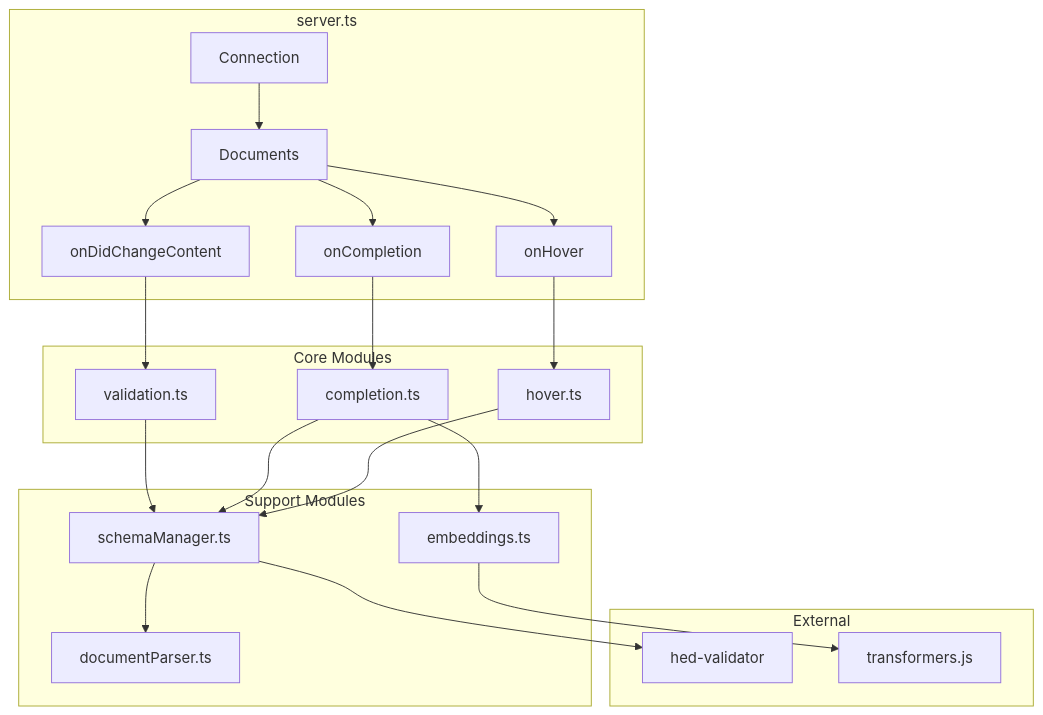
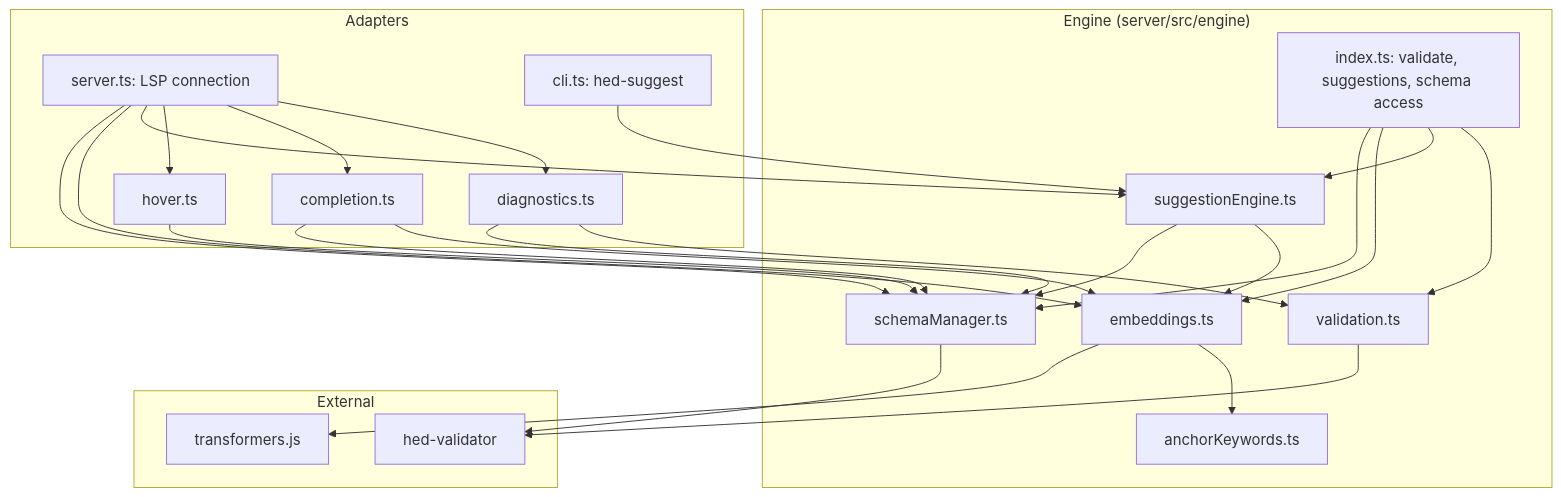
The third of 6 diagrams in docs/architecture.md (hed-standard/hed-lsp), drawn with Mermaid before and after one commit. The commit also changed other lines of this file and 56 other files, not shown here.

First line of the commit message:
Phase 3: engine core extraction (#64)

````diff
--- a/docs/architecture.md
+++ b/docs/architecture.md
@@ -61,29 +63,36 @@
 ```mermaid
 graph TB
-    subgraph "server.ts"
-        A[Connection] --> B[Documents]
-        B --> C[onDidChangeContent]
-        B --> D[onCompletion]
-        B --> E[onHover]
+    subgraph "Adapters"
+        A[server.ts: LSP connection] --> B[diagnostics.ts]
+        A --> C[completion.ts]
+        A --> D[hover.ts]
+        E[cli.ts: hed-suggest]
     end
 
-    subgraph "Core Modules"
-        C --> F[validation.ts]
-        D --> G[completion.ts]
-        E --> H[hover.ts]
-    end
-
-    subgraph "Support Modules"
-        F --> I[schemaManager.ts]
-        G --> I
-        G --> J[embeddings.ts]
-        H --> I
-
-        I --> K[documentParser.ts]
+    subgraph "Engine (server/src/engine)"
+        F[index.ts: validate, suggestions, schema access]
+        F --> G[validation.ts]
+        F --> H[suggestionEngine.ts]
+        H --> I[embeddings.ts]
+        H --> J[schemaManager.ts]
+        I --> K[anchorKeywords.ts]
     end
 
     subgraph "External"
-        I --> L[hed-validator]
-        J --> M[transformers.js]
+        G --> L[hed-validator]
+        J --> L
+        I --> M[transformers.js]
     end
+
+    A --> H
+    A --> I
+    A --> J
+    B --> G
+    B --> J
+    C --> I
+    C --> J
+    D --> J
+    E --> H
+    F --> I
+    F --> J
 ```
````
